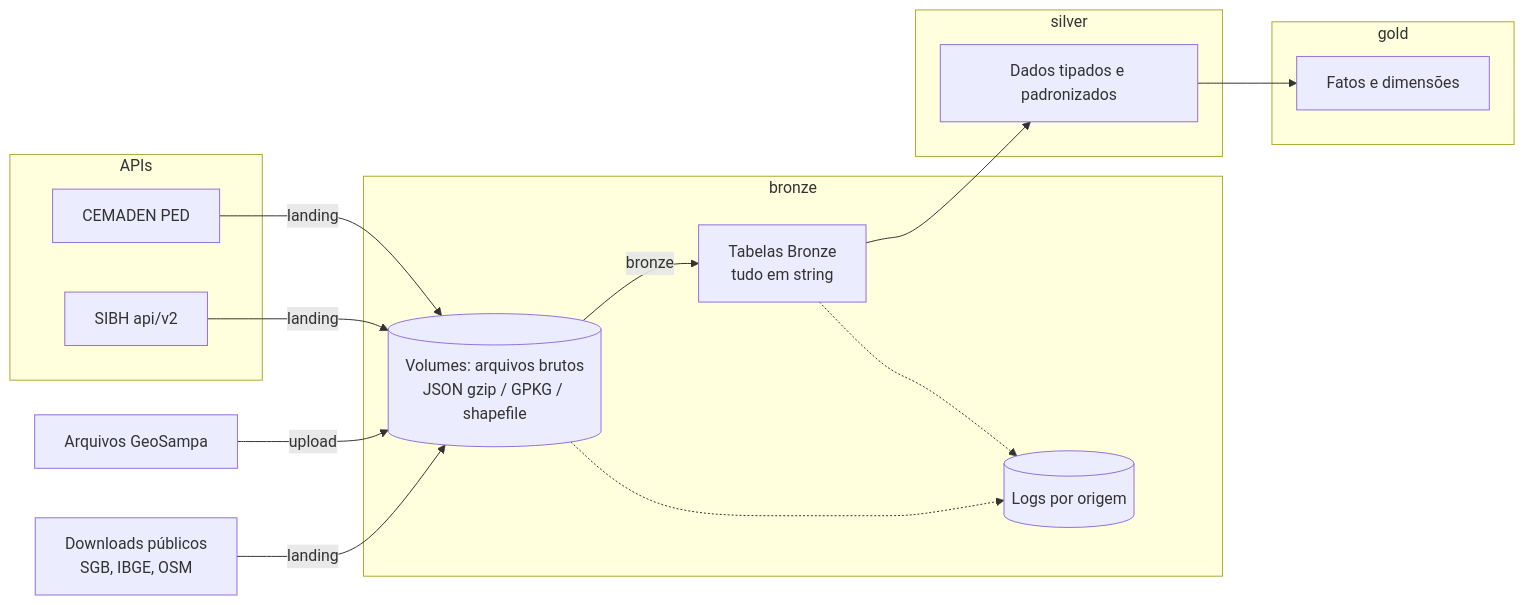
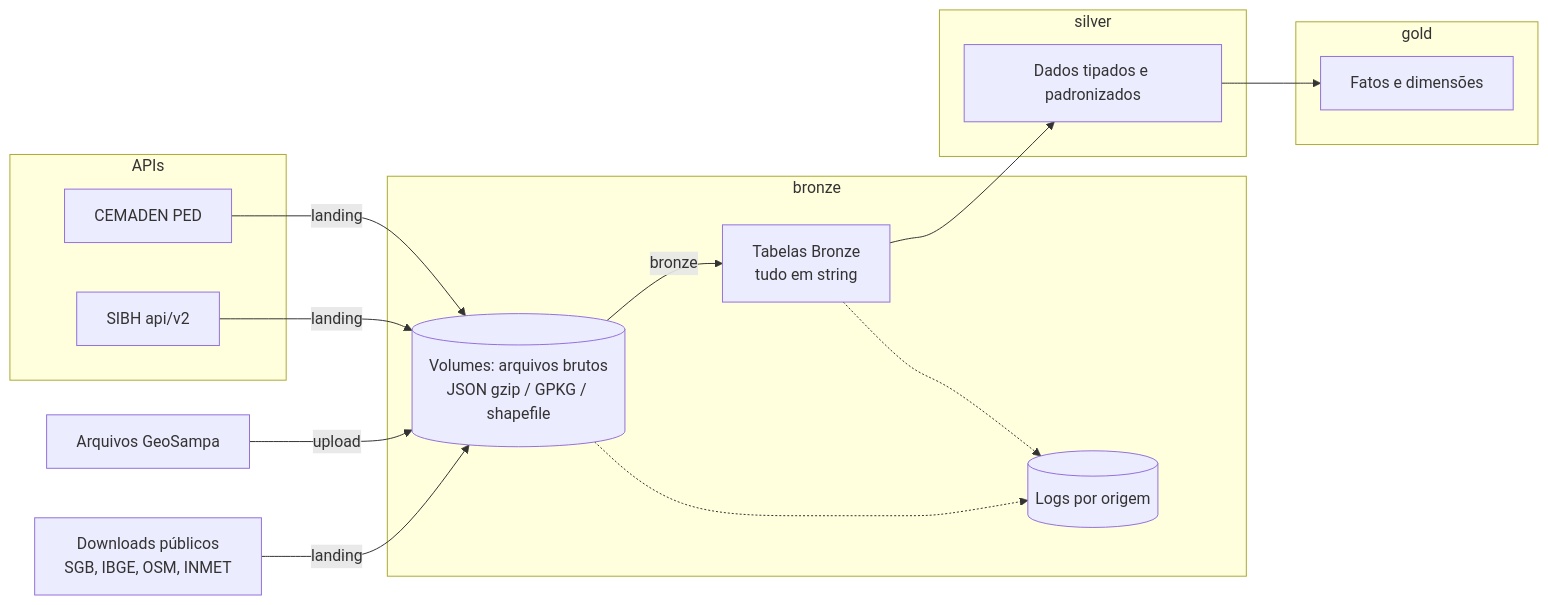
Before and after one commit to juniorOnData/FIAP-GS2-2TSCPV-2026: the first of 2 diagrams in README.md, drawn with Mermaid. The commit also changed other lines of this file and 10 other files, not shown here.

````diff
--- a/README.md
+++ b/README.md
@@ -18,28 +19,28 @@
 ```mermaid
 flowchart LR
   subgraph APIs
     PED[CEMADEN PED]
     SIBH[SIBH api/v2]
   end
   GPKG[Arquivos GeoSampa]
-  PUB[Downloads públicos<br/>SGB, IBGE, OSM]
+  PUB[Downloads públicos<br/>SGB, IBGE, OSM, INMET]
   subgraph bronze
     VOL[(Volumes: arquivos brutos<br/>JSON gzip / GPKG / shapefile)]
     BT[Tabelas Bronze<br/>tudo em string]
     LOG[(Logs por origem)]
   end
   subgraph silver
     ST[Dados tipados e padronizados]
   end
   subgraph gold
     GT[Fatos e dimensões]
   end
   PED -- landing --> VOL
   SIBH -- landing --> VOL
   GPKG -- upload --> VOL
   PUB -- landing --> VOL
   VOL -- bronze --> BT
   BT --> ST --> GT
   VOL -.-> LOG
   BT -.-> LOG
 ```
````
